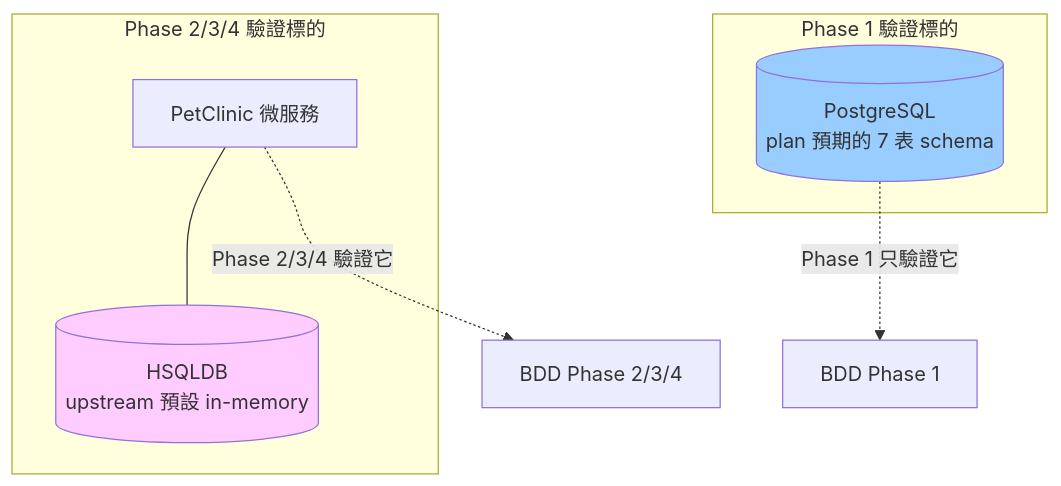
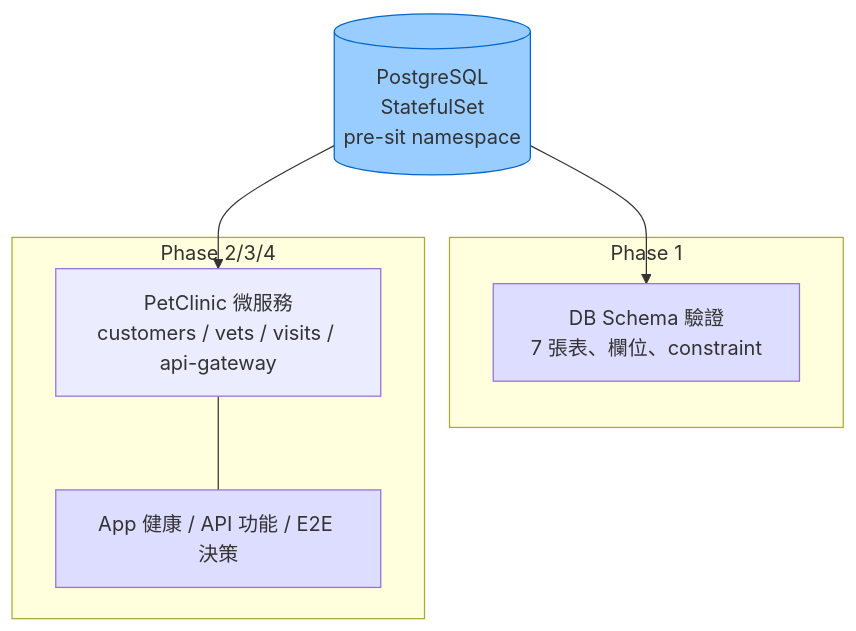
One commit to ChunPingWang/pre-site-tutorial changed the fourth of 16 diagrams in README.md. Above: the diagram before and after it, drawn with Mermaid. The commit also changed other lines of this file, not shown here.

Commit message:
docs(readme): §2.3 改為「統一使用 PostgreSQL」
移除舊的 PostgreSQL / HSQLDB 雙 DB 切割說明（已不適用），
改為說明 Phase 1–4 共用同一 PostgreSQL、
reset-presit 重啟 postgres-0 確保每次從已知狀態出發

````diff
--- a/README.md
+++ b/README.md
@@ -144,18 +144,20 @@
 ```mermaid
 flowchart TB
-    subgraph "Phase 1 驗證標的"
-        P[(PostgreSQL<br/>plan 預期的 7 表 schema)]
+    PG[(PostgreSQL<br/>StatefulSet<br/>pre-sit namespace)]
+
+    subgraph "Phase 1"
+        P1[DB Schema 驗證<br/>7 張表、欄位、constraint]
+    end
+    subgraph "Phase 2/3/4"
+        APP[PetClinic 微服務<br/>customers / vets / visits / api-gateway]
+        P234[App 健康 / API 功能 / E2E 決策]
+        APP --- P234
     end
 
-    subgraph "Phase 2/3/4 驗證標的"
-        APP[PetClinic 微服務]
-        H[(HSQLDB<br/>upstream 預設 in-memory)]
-        APP --- H
-    end
+    PG --> P1
+    PG --> APP
 
-    P -.Phase 1 只驗證它.-> Phase1[BDD Phase 1]
-    APP -.Phase 2/3/4 驗證它.-> Phase234[BDD Phase 2/3/4]
-
-    style P fill:#9cf
-    style H fill:#fcf
+    style PG fill:#9cf,stroke:#06c
+    style P1 fill:#ddf
+    style P234 fill:#ddf
 ```
````
